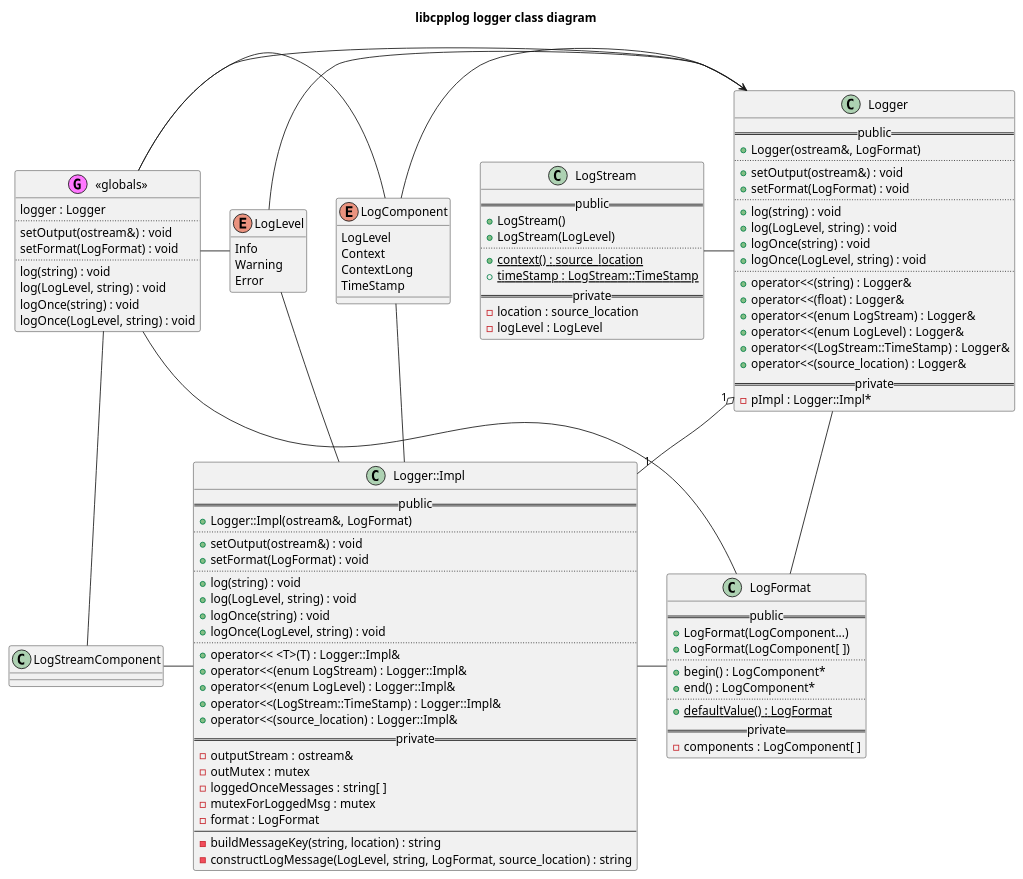
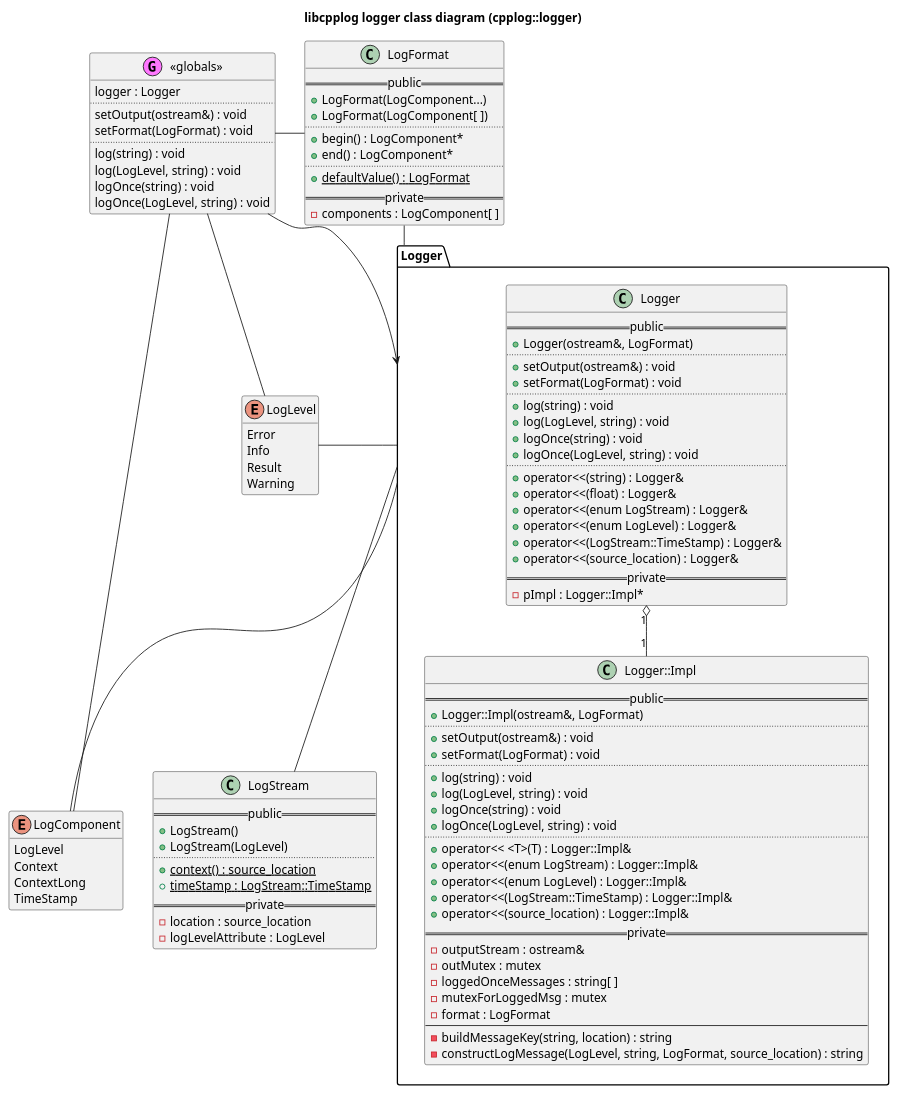
Before and after one commit to kfpgk/libcpplog: the diagram in libcpplog/logger/doc/class.puml, drawn with PlantUML. The commit also changed 2 other files, not shown here.

Commit message:
Update UML diagrams to include LogStream() object and bundle Logger and Logger:Impl in a package to reduce number of relationships

```diff
--- a/libcpplog/logger/doc/class.puml
+++ b/libcpplog/logger/doc/class.puml
@@ -1,126 +1,128 @@
 @startuml logger-class-diagram
 
-title libcpplog logger class diagram
+title libcpplog logger class diagram (cpplog::logger)
 
 enum LogLevel {
+    Error
     Info
+    Result
     Warning
-    Error
 }
 hide LogLevel methods
 
 enum LogComponent {
     LogLevel
     Context
     ContextLong
     TimeStamp
 }
+hide LogComponent methods
 
 class LogStream {
     == public ==
     + LogStream()
     + LogStream(LogLevel)
     ..
     + {static} context() : source_location
     + {static} timeStamp : LogStream::TimeStamp
     == private ==
     - location : source_location
-    - logLevel : LogLevel
+    - logLevelAttribute : LogLevel
 }
 
 class LogFormat {
     == public ==
     + LogFormat(LogComponent...)
     + LogFormat(LogComponent[ ])
     ..
     + begin() : LogComponent*
     + end() : LogComponent*
     ..
     + {static} defaultValue() : LogFormat
     == private ==
     - components : LogComponent[ ]
 }
 
-class Logger {
-    == public ==
-    + Logger(ostream&, LogFormat)
-    ..
-    + setOutput(ostream&) : void
-    + setFormat(LogFormat) : void
-    ..
-    + log(string) : void
-    + log(LogLevel, string) : void
-    + logOnce(string) : void
-    + logOnce(LogLevel, string) : void
-    ..
-    + operator<<(string) : Logger&
-    + operator<<(float) : Logger&
-    + operator<<(enum LogStream) : Logger&
-    + operator<<(enum LogLevel) : Logger&
-    + operator<<(LogStream::TimeStamp) : Logger&
-    + operator<<(source_location) : Logger&
-    == private ==
-    - pImpl : Logger::Impl*
+package Logger as LoggerPackage {
+    class Logger {
+        == public ==
+        + Logger(ostream&, LogFormat)
+        ..
+        + setOutput(ostream&) : void
+        + setFormat(LogFormat) : void
+        ..
+        + log(string) : void
+        + log(LogLevel, string) : void
+        + logOnce(string) : void
+        + logOnce(LogLevel, string) : void
+        ..
+        + operator<<(string) : Logger&
+        + operator<<(float) : Logger&
+        + operator<<(enum LogStream) : Logger&
+        + operator<<(enum LogLevel) : Logger&
+        + operator<<(LogStream::TimeStamp) : Logger&
+        + operator<<(source_location) : Logger&
+        == private ==
+        - pImpl : Logger::Impl*
+    }
+
+    class "Logger::Impl" as LoggerImpl {
+        == public ==
+        + Logger::Impl(ostream&, LogFormat)
+        ..
+        + setOutput(ostream&) : void
+        + setFormat(LogFormat) : void
+        ..
+        + log(string) : void
+        + log(LogLevel, string) : void
+        + logOnce(string) : void
+        + logOnce(LogLevel, string) : void
+        ..
+        + operator<< <T>(T) : Logger::Impl&
+        + operator<<(enum LogStream) : Logger::Impl&
+        + operator<<(enum LogLevel) : Logger::Impl&
+        + operator<<(LogStream::TimeStamp) : Logger::Impl&
+        + operator<<(source_location) : Logger::Impl&
+        == private ==
+        - outputStream : ostream&
+        - outMutex : mutex
+        - loggedOnceMessages : string[ ]
+        - mutexForLoggedMsg : mutex
+        - format : LogFormat
+        --
+        - buildMessageKey(string, location) : string
+        - constructLogMessage(LogLevel, string, LogFormat, source_location) : string
+    }
 }
+
 
 class "<<globals>>" as globals << (G,#FF77FF) >> {
     logger : Logger
     ..
     setOutput(ostream&) : void
     setFormat(LogFormat) : void
     ..
     log(string) : void
     log(LogLevel, string) : void
     logOnce(string) : void
     logOnce(LogLevel, string) : void
 }
 
-class "Logger::Impl" as LoggerImpl {
-    == public ==
-    + Logger::Impl(ostream&, LogFormat)
-    ..
-    + setOutput(ostream&) : void
-    + setFormat(LogFormat) : void
-    ..
-    + log(string) : void
-    + log(LogLevel, string) : void
-    + logOnce(string) : void
-    + logOnce(LogLevel, string) : void
-    ..
-    + operator<< <T>(T) : Logger::Impl&
-    + operator<<(enum LogStream) : Logger::Impl&
-    + operator<<(enum LogLevel) : Logger::Impl&
-    + operator<<(LogStream::TimeStamp) : Logger::Impl&
-    + operator<<(source_location) : Logger::Impl&
-    == private ==
-    - outputStream : ostream&
-    - outMutex : mutex
-    - loggedOnceMessages : string[ ]
-    - mutexForLoggedMsg : mutex
-    - format : LogFormat
-    --
-    - buildMessageKey(string, location) : string
-    - constructLogMessage(LogLevel, string, LogFormat, source_location) : string
-}
-
 Logger "1" o-- "1" LoggerImpl
 
-LogLevel - Logger
-LogComponent - Logger
-LogStream - Logger
+LogFormat - LoggerPackage
+LogLevel - LoggerPackage
+LogComponent - LoggerPackage
 
-LogLevel - LoggerImpl
-LogComponent - LoggerImpl
-LogStreamComponent - LoggerImpl
+LoggerPackage -- LogStream
 
-LogLevel -left- globals
-LogComponent -left- globals
-LogStreamComponent -left- globals
+globals - LogFormat
+globals - LogLevel
+globals - LogComponent
 
-Logger - LogFormat
-LoggerImpl - LogFormat 
-globals - LogFormat
+LogFormat -[hidden]down-> LogLevel
+LogLevel -[hidden]down-> LogComponent
 
-globals -> Logger
+globals -left-> LoggerPackage
 
 @enduml
```
